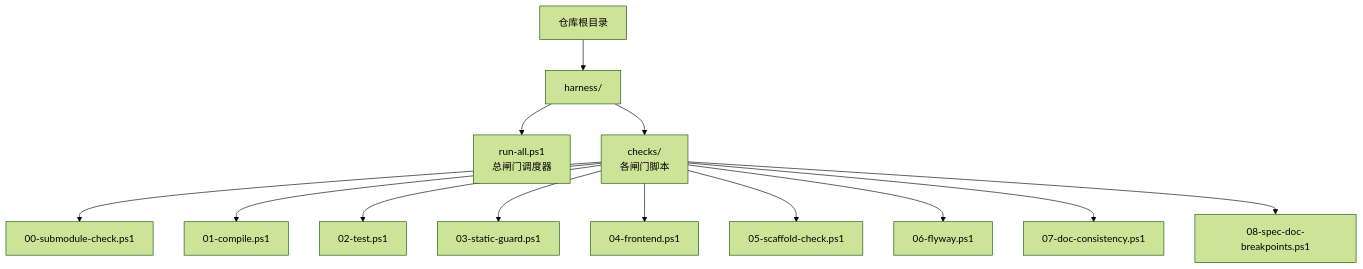
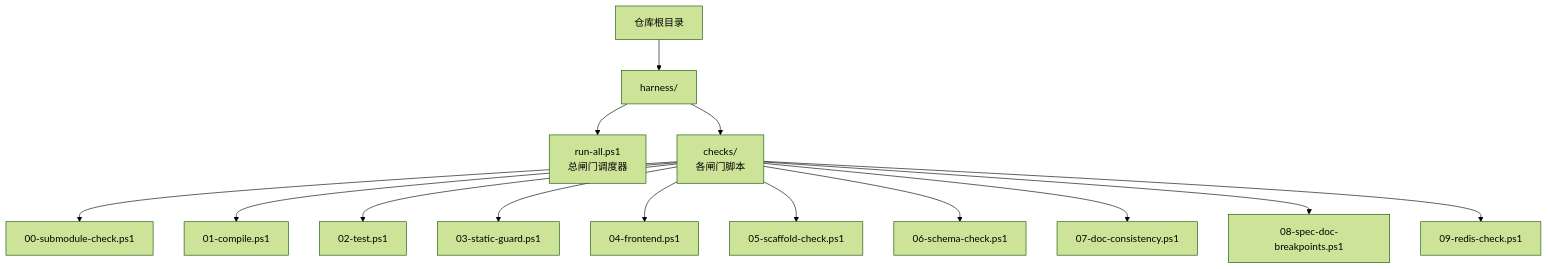
The first of 13 diagrams in .qoder/repowiki/zh/content/自动化验证/自动化验证.md (luyitiger6/my-first-project), drawn with Mermaid (forest theme) before and after one commit. The commit also changed other lines of this file and 42 other files, not shown here.

````diff
--- a/.qoder/repowiki/zh/content/自动化验证/自动化验证.md
+++ b/.qoder/repowiki/zh/content/自动化验证/自动化验证.md
@@ -57,15 +69,16 @@
 ```mermaid
 graph TB
 root["仓库根目录"] --> harness["harness/"]
 harness --> run_all["run-all.ps1<br/>总闸门调度器"]
 harness --> checks["checks/<br/>各闸门脚本"]
 checks --> g0["00-submodule-check.ps1"]
 checks --> g1["01-compile.ps1"]
 checks --> g2["02-test.ps1"]
 checks --> g3["03-static-guard.ps1"]
 checks --> g4["04-frontend.ps1"]
 checks --> g5["05-scaffold-check.ps1"]
-checks --> g6["06-flyway.ps1"]
+checks --> g6["06-schema-check.ps1"]
 checks --> g7["07-doc-consistency.ps1"]
 checks --> g8["08-spec-doc-breakpoints.ps1"]
+checks --> g9["09-redis-check.ps1"]
 ```
````
